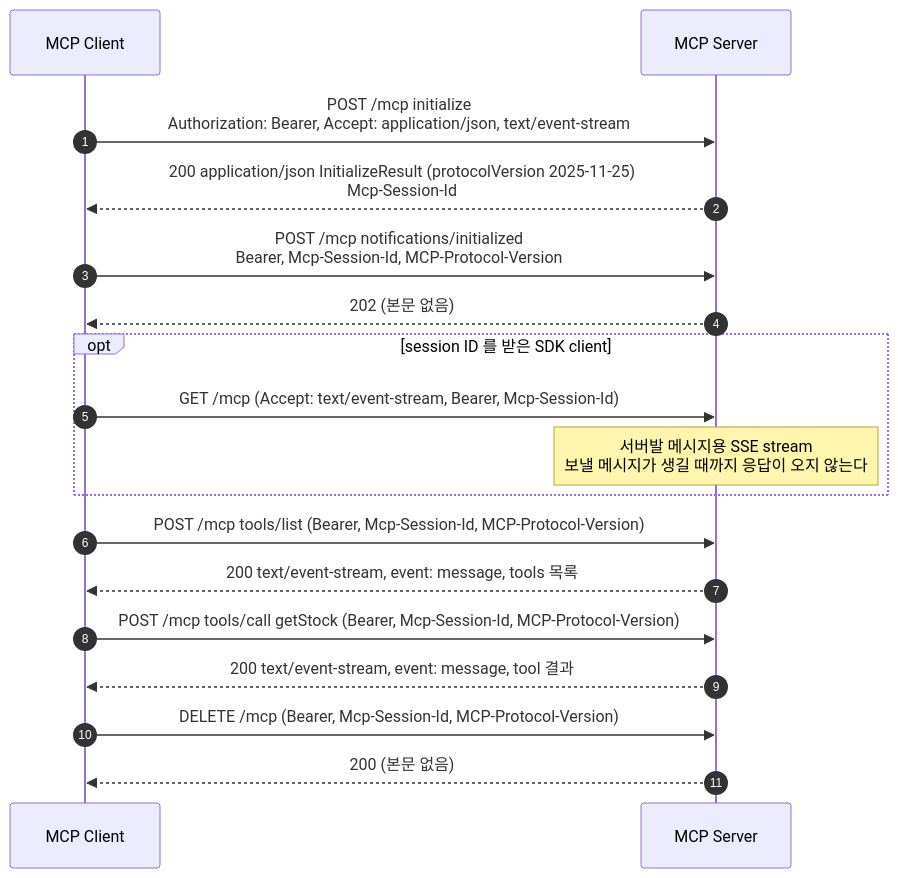
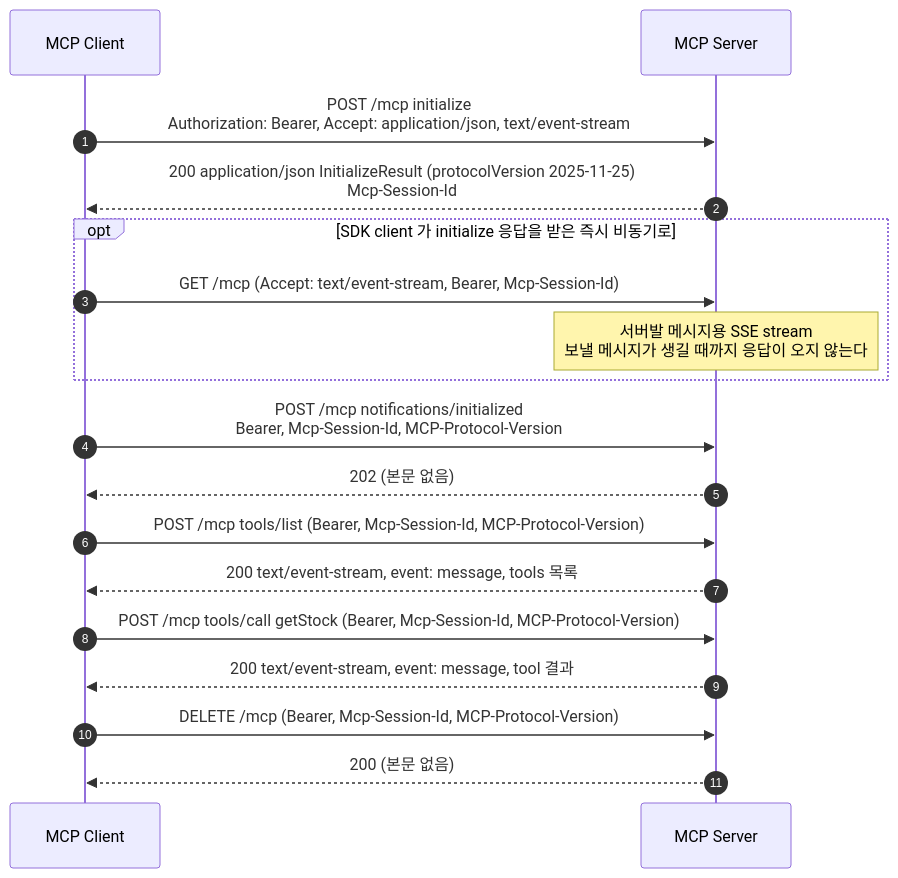
The tenth of 13 diagrams in practice/MCP-SEQUENCES.md (starryeye/spring-ai), drawn with Mermaid before and after one commit. The commit also changed other lines of this file, not shown here.

Commit message:
docs: MCP 시퀀스 리뷰 반영 — 검증 단계 순서, GET 요구 수준, PKCE 표현

````diff
--- a/practice/MCP-SEQUENCES.md
+++ b/practice/MCP-SEQUENCES.md
@@ -408,20 +408,20 @@
 ```mermaid
 sequenceDiagram
     autonumber
     participant C as MCP Client
     participant M as MCP Server
     C->>M: POST /mcp initialize<br/>Authorization: Bearer, Accept: application/json, text/event-stream
     M-->>C: 200 application/json InitializeResult (protocolVersion 2025-11-25)<br/>Mcp-Session-Id
-    C->>M: POST /mcp notifications/initialized<br/>Bearer, Mcp-Session-Id, MCP-Protocol-Version
-    M-->>C: 202 (본문 없음)
-    opt session ID 를 받은 SDK client
+    opt SDK client 가 initialize 응답을 받은 즉시 비동기로
         C->>M: GET /mcp (Accept: text/event-stream, Bearer, Mcp-Session-Id)
         Note over M: 서버발 메시지용 SSE stream<br/>보낼 메시지가 생길 때까지 응답이 오지 않는다
     end
+    C->>M: POST /mcp notifications/initialized<br/>Bearer, Mcp-Session-Id, MCP-Protocol-Version
+    M-->>C: 202 (본문 없음)
     C->>M: POST /mcp tools/list (Bearer, Mcp-Session-Id, MCP-Protocol-Version)
     M-->>C: 200 text/event-stream, event: message, tools 목록
     C->>M: POST /mcp tools/call getStock (Bearer, Mcp-Session-Id, MCP-Protocol-Version)
     M-->>C: 200 text/event-stream, event: message, tool 결과
     C->>M: DELETE /mcp (Bearer, Mcp-Session-Id, MCP-Protocol-Version)
     M-->>C: 200 (본문 없음)
 ```
````
